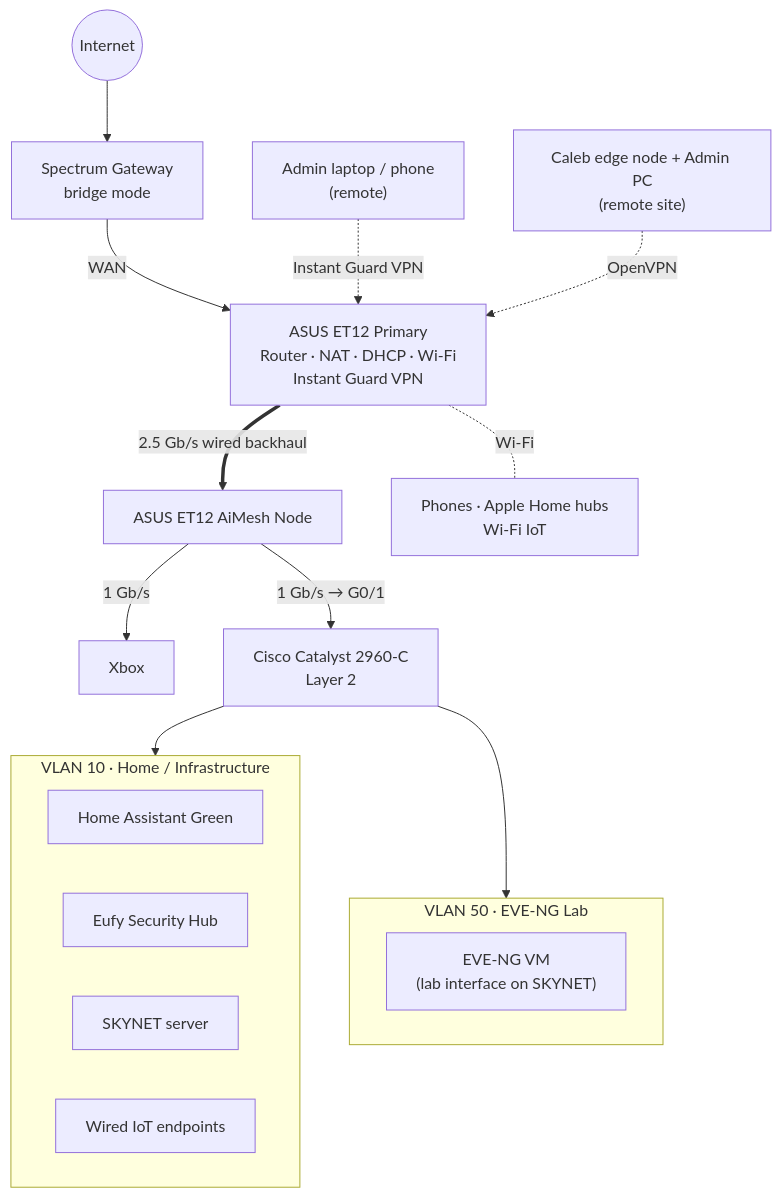
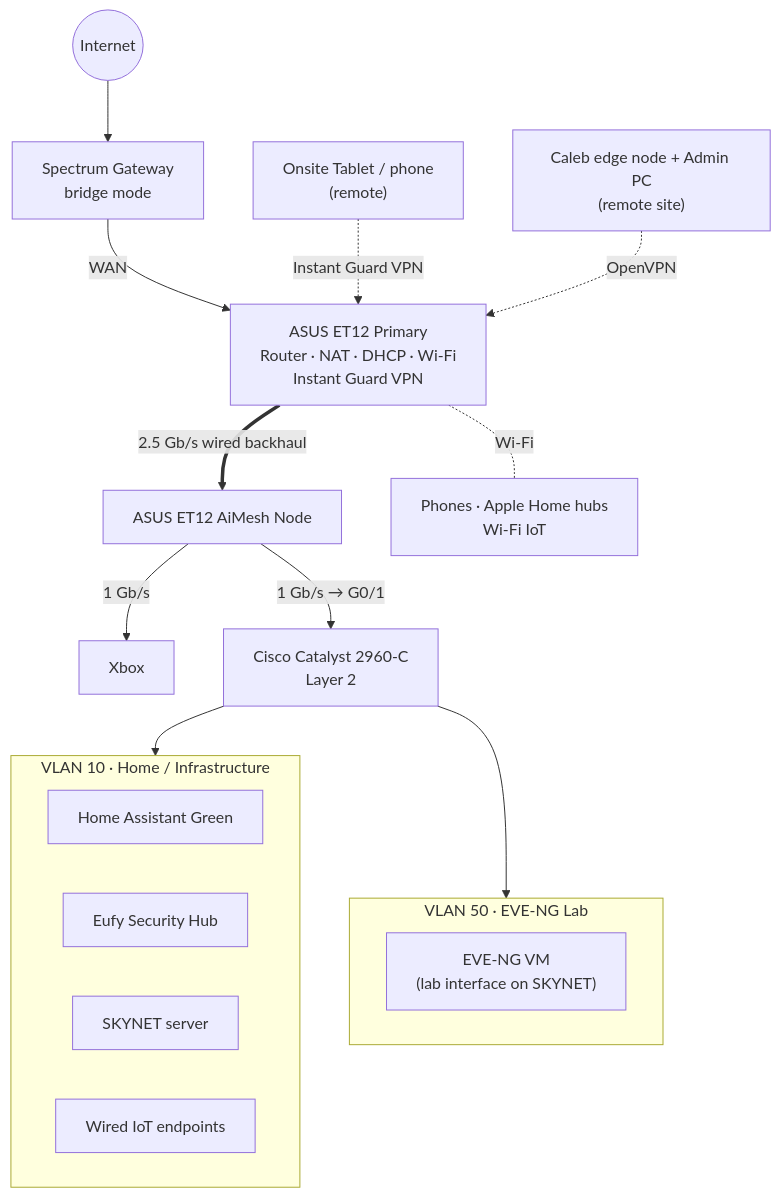
One commit to VicDubose/Smart-Home-Infrastructure changed the third of 11 diagrams in README.md. Above: the diagram before and after it, drawn with Mermaid.

Commit message:
Update remote device description in README

````diff
--- a/README.md
+++ b/README.md
@@ -356,26 +356,26 @@
 ```mermaid
 flowchart TB
     NET((Internet)) --> SPEC["Spectrum Gateway<br/>bridge mode"]
     SPEC -->|WAN| ET1["ASUS ET12 Primary<br/>Router · NAT · DHCP · Wi-Fi<br/>Instant Guard VPN"]
     ET1 ==>|"2.5 Gb/s wired backhaul"| ET2["ASUS ET12 AiMesh Node"]
     ET2 -->|1 Gb/s| XBOX[Xbox]
     ET2 -->|"1 Gb/s → G0/1"| SW["Cisco Catalyst 2960-C<br/>Layer 2"]
 
     subgraph V10["VLAN 10 · Home / Infrastructure"]
         HA["Home Assistant Green"]
         EUFY["Eufy Security Hub"]
         SKY["SKYNET server"]
         IOT["Wired IoT endpoints"]
     end
 
     subgraph V50["VLAN 50 · EVE-NG Lab"]
         EVE["EVE-NG VM<br/>(lab interface on SKYNET)"]
     end
 
     SW --> V10
     SW --> V50
     ET1 -. Wi-Fi .- WIFI["Phones · Apple Home hubs<br/>Wi-Fi IoT"]
 
-    REMOTE["Admin laptop / phone<br/>(remote)"] -. "Instant Guard VPN" .-> ET1
+    REMOTE["Onsite Tablet / phone<br/>(remote)"] -. "Instant Guard VPN" .-> ET1
     CALEB["Caleb edge node + Admin PC<br/>(remote site)"] -. "OpenVPN" .-> ET1
 ```
````
